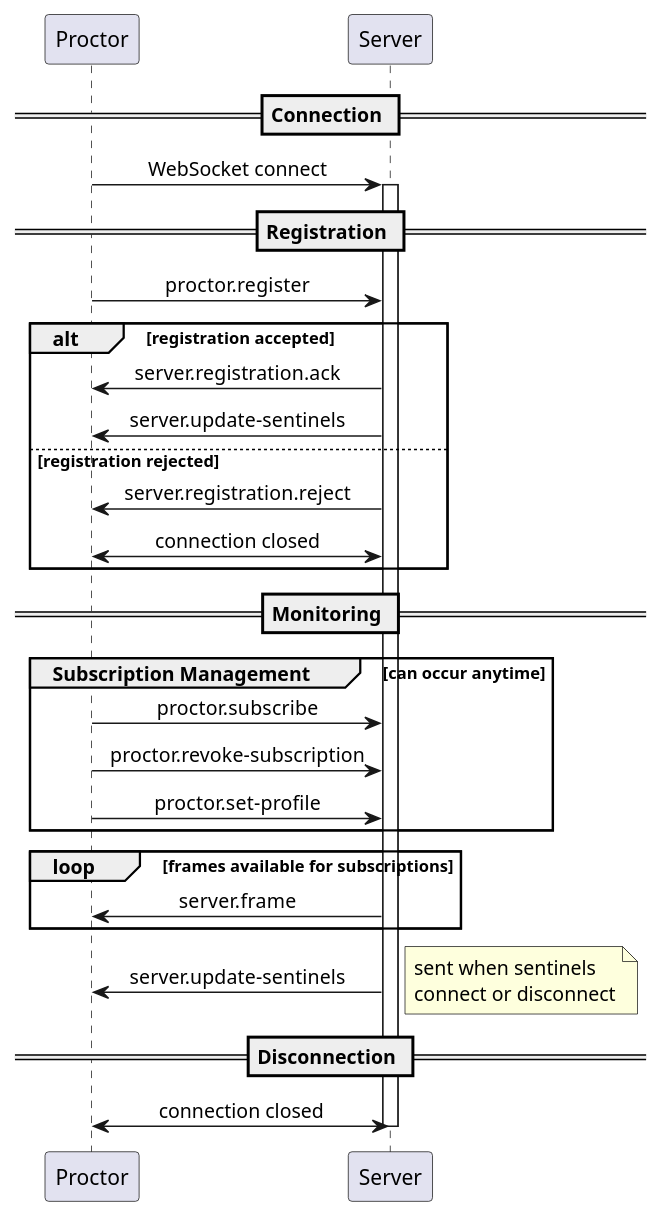
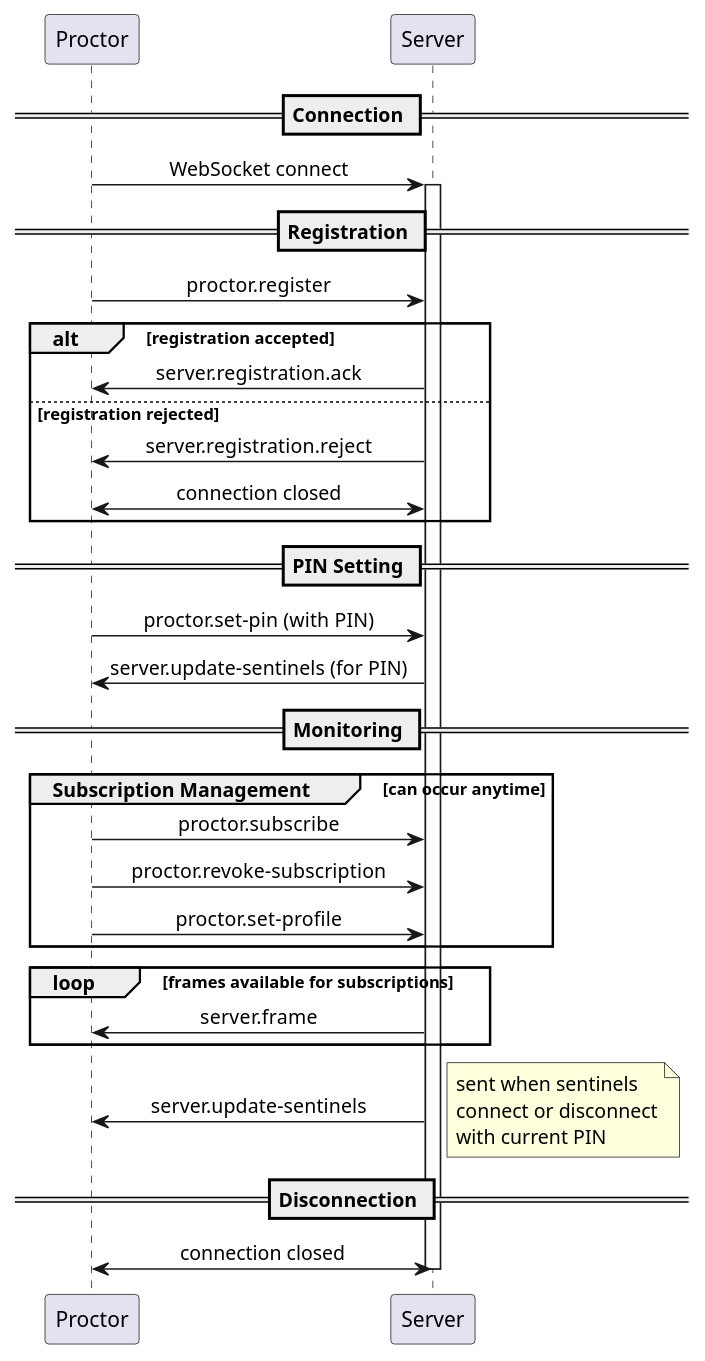
The second of 2 diagrams in hugo/content/docs/reference/websocket-comm/lifecycle.md (2526-4ahitm-itp/2526-4ahitm-franklyn), drawn with PlantUML before and after one commit. The commit also changed other lines of this file and 2 other files, not shown here.

````diff
--- a/hugo/content/docs/reference/websocket-comm/lifecycle.md
+++ b/hugo/content/docs/reference/websocket-comm/lifecycle.md
@@ -85,42 +88,45 @@
 ```plantuml
 @startuml
 skinparam sequenceMessageAlign center
 
 participant "Proctor" as P
 participant "Server" as Srv
 
 == Connection ==
 P -> Srv : WebSocket connect
 activate Srv
 
 == Registration ==
 P -> Srv : proctor.register
 alt registration accepted
   Srv -> P : server.registration.ack
-  Srv -> P : server.update-sentinels
 else registration rejected
   Srv -> P : server.registration.reject
   P <-> Srv : connection closed
 end
 
+== PIN Setting ==
+P -> Srv : proctor.set-pin (with PIN)
+Srv -> P : server.update-sentinels (for PIN)
+
 == Monitoring ==
 
 group Subscription Management [can occur anytime]
-  P -> Srv : proctor.subscribe
-  P -> Srv : proctor.revoke-subscription
-  P -> Srv : proctor.set-profile
+   P -> Srv : proctor.subscribe
+   P -> Srv : proctor.revoke-subscription
+   P -> Srv : proctor.set-profile
 end
 
 loop frames available for subscriptions
-  Srv -> P : server.frame
+   Srv -> P : server.frame
 end
 
 Srv -> P : server.update-sentinels
-note right : sent when sentinels\nconnect or disconnect
+note right : sent when sentinels\nconnect or disconnect\nwith current PIN
 
 == Disconnection ==
 P <-> Srv : connection closed
 deactivate Srv
 
 @enduml
 ```
````
